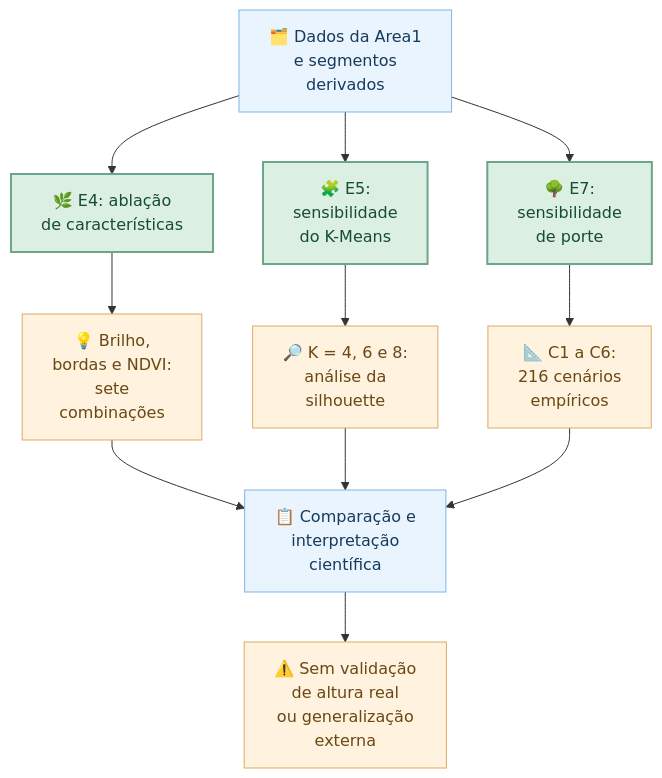
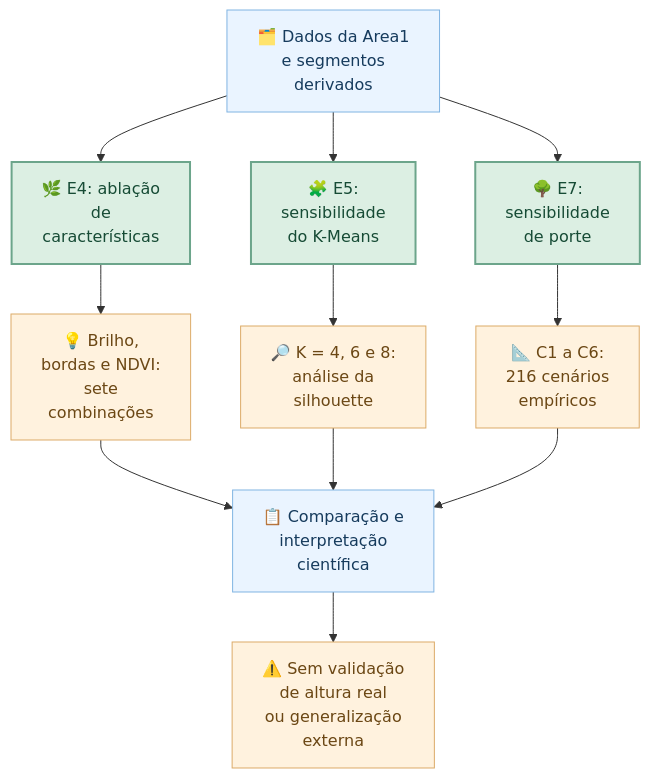
One commit to BrenoBragaGalvao/mestrado-arvores-urbanas changed the fourth of 5 diagrams in README.md. Above: the diagram before and after it, drawn with Mermaid. The commit also changed other lines of this file, not shown here.

Commit message:
fix(readme): quebrar quatro rotulos Mermaid ainda largos

````diff
--- a/README.md
+++ b/README.md
@@ -350,21 +350,21 @@
 ```mermaid
 flowchart TD
     A["🗂️ Dados da Area1<br/>e segmentos<br/>derivados"]
-    A --> B["🌿 E4: ablação<br/>de características"]
+    A --> B["🌿 E4: ablação<br/>de<br/>características"]
     A --> C["🧩 E5:<br/>sensibilidade<br/>do K-Means"]
     A --> D["🌳 E7:<br/>sensibilidade<br/>de porte"]
     B --> E["💡 Brilho,<br/>bordas e NDVI:<br/>sete<br/>combinações"]
     C --> F["🔎 K = 4, 6 e 8:<br/>análise da<br/>silhouette"]
     D --> G["📐 C1 a C6:<br/>216 cenários<br/>empíricos"]
     E --> H["📋 Comparação e<br/>interpretação<br/>científica"]
     F --> H
     G --> H
     H --> I["⚠️ Sem validação<br/>de altura real<br/>ou generalização<br/>externa"]
 
     classDef entrada fill:#eaf4ff,stroke:#80b4e2,color:#163b5d,stroke-width:1px;
     classDef experimento fill:#dcefe3,stroke:#6ca58b,color:#164b35,stroke-width:2px;
     classDef parametro fill:#fff2de,stroke:#dcab68,color:#6b4714,stroke-width:1px;
     class A,H entrada;
     class B,C,D experimento;
     class E,F,G,I parametro;
 ```
````
